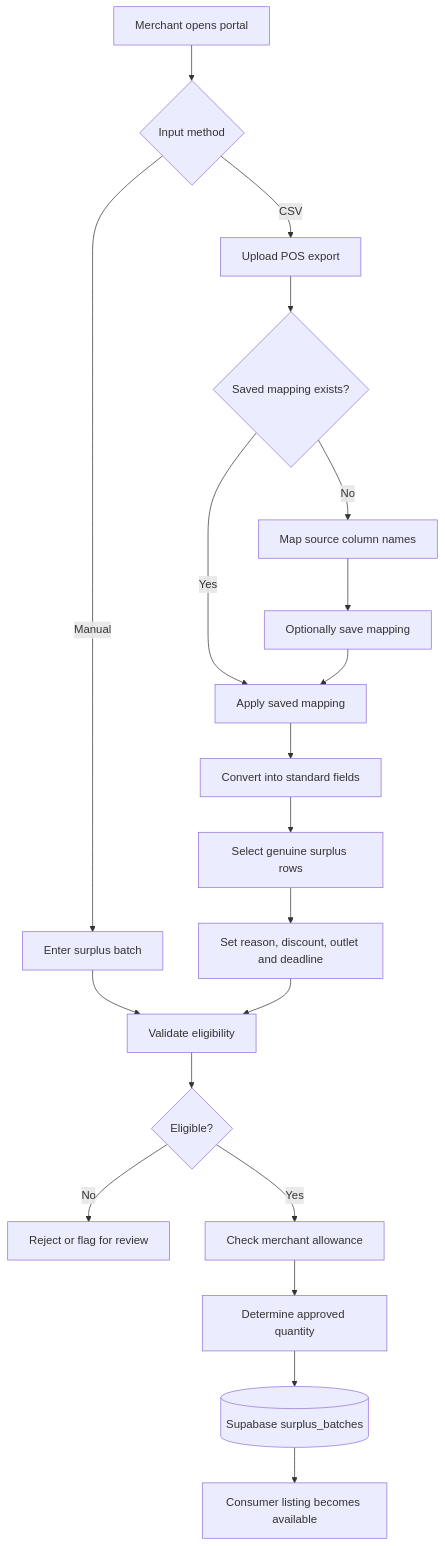
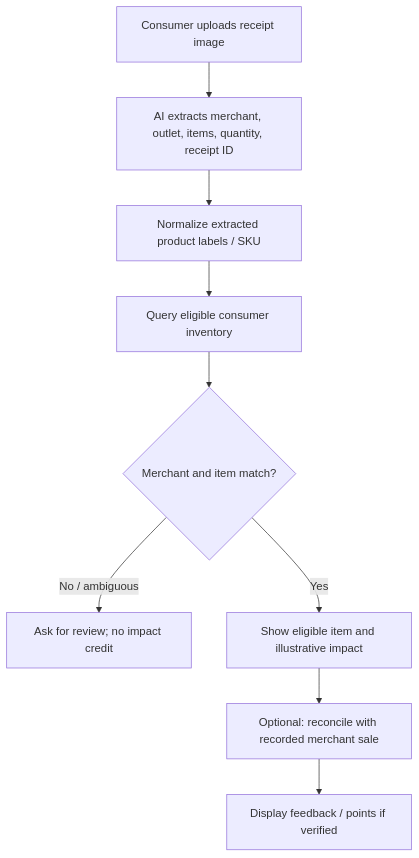
One commit to JonelleTWQ/circular-quest-merchant changed the fifth of 7 diagrams in PROJECT_DOCUMENTATION.md. Above: the diagram before and after it, drawn with Mermaid. The commit also changed other lines of this file, not shown here.

````diff
--- a/PROJECT_DOCUMENTATION.md
+++ b/PROJECT_DOCUMENTATION.md
@@ -260,22 +289,11 @@
 ```mermaid
 flowchart TD
-    A[Merchant opens portal] --> B{Input method}
-    B -->|Manual| C[Enter surplus batch]
-    B -->|CSV| D[Upload POS export]
-    D --> E{Saved mapping exists?}
-    E -->|Yes| F[Apply saved mapping]
-    E -->|No| G[Map source column names]
-    G --> H[Optionally save mapping]
-    H --> F
-    F --> I[Convert into standard fields]
-    I --> J[Select genuine surplus rows]
-    J --> K[Set reason, discount, outlet and deadline]
-    C --> L[Validate eligibility]
-    K --> L
-    L --> M{Eligible?}
-    M -->|No| N[Reject or flag for review]
-    M -->|Yes| O[Check merchant allowance]
-    O --> P[Determine approved quantity]
-    P --> Q[(Supabase surplus_batches)]
-    Q --> R[Consumer listing becomes available]
+  A[Consumer uploads receipt image] --> B[AI extracts merchant, outlet, items, quantity, receipt ID]
+  B --> C[Normalize extracted product labels / SKU]
+  C --> D[Query eligible consumer inventory]
+  D --> E{Merchant and item match?}
+  E -->|No / ambiguous| F[Ask for review; no impact credit]
+  E -->|Yes| G[Show eligible item and illustrative impact]
+  G --> H[Optional: reconcile with recorded merchant sale]
+  H --> I[Display feedback / points if verified]
 ```
````
